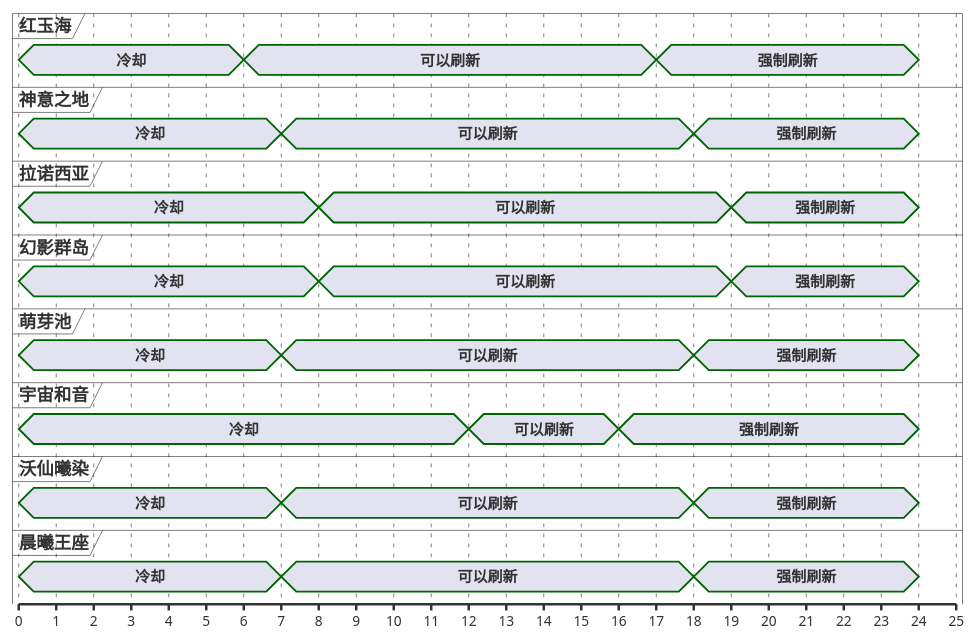
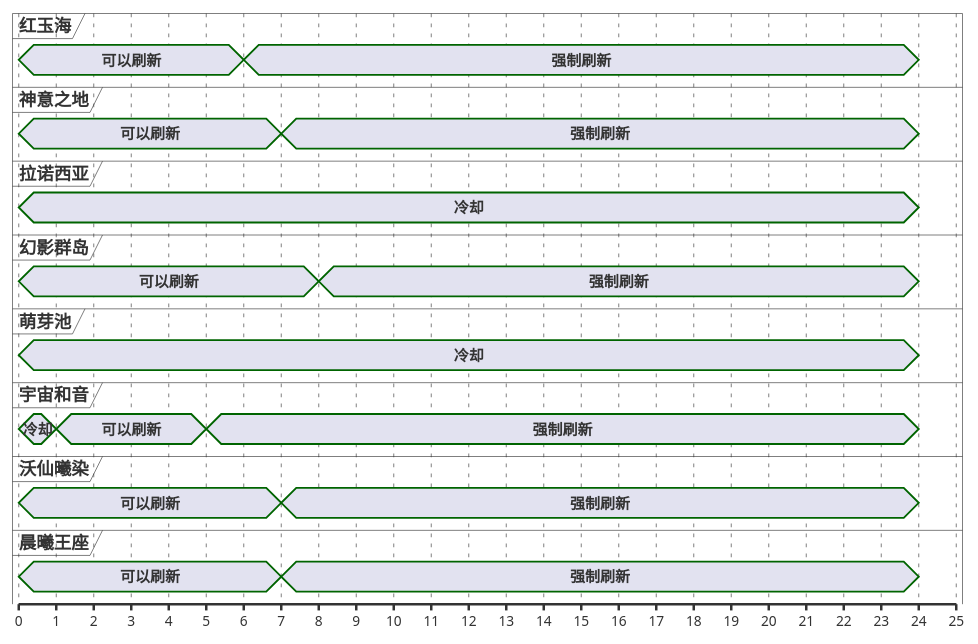
One commit to Eroleice/doc-pi changed the first of 13 diagrams in ffxiv/hunt/2.0/Zona-Seeker.md. Above: the diagram before and after it, drawn with PlantUML. The commit also changed other lines of this file and 38 other files, not shown here.

````diff
--- a/ffxiv/hunt/2.0/Zona-Seeker.md
+++ b/ffxiv/hunt/2.0/Zona-Seeker.md
@@ -33,63 +33,54 @@
 ```plantuml
 @startuml
 scale 1 as 30 pixels
 
 concise 红玉海
 concise 神意之地
 concise 拉诺西亚
 concise 幻影群岛
 concise 萌芽池
 concise 宇宙和音
 concise 沃仙曦染
 concise 晨曦王座
 
 @宇宙和音
 0 is 冷却
-12 is 可以刷新
-16 is 强制刷新
+1 is 可以刷新
+5 is 强制刷新
 24 is {hidden}
 
 @红玉海
-0 is 冷却
-6 is 可以刷新
-17 is 强制刷新
+0 is 可以刷新
+6 is 强制刷新
 24 is {hidden}
 
 @晨曦王座
+0 is 可以刷新
+7 is 强制刷新
+24 is {hidden}
+
+@神意之地
+0 is 可以刷新
+7 is 强制刷新
+24 is {hidden}
+
+@沃仙曦染
+0 is 可以刷新
+7 is 强制刷新
+24 is {hidden}
+
+@幻影群岛
+0 is 可以刷新
+8 is 强制刷新
+24 is {hidden}
+
+@拉诺西亚
 0 is 冷却
-7 is 可以刷新
-18 is 强制刷新
 24 is {hidden}
 
 @萌芽池
 0 is 冷却
-7 is 可以刷新
-18 is 强制刷新
-24 is {hidden}
-
-@神意之地
-0 is 冷却
-7 is 可以刷新
-18 is 强制刷新
-24 is {hidden}
-
-@沃仙曦染
-0 is 冷却
-7 is 可以刷新
-18 is 强制刷新
-24 is {hidden}
-
-@拉诺西亚
-0 is 冷却
-8 is 可以刷新
-19 is 强制刷新
-24 is {hidden}
-
-@幻影群岛
-0 is 冷却
-8 is 可以刷新
-19 is 强制刷新
 24 is {hidden}
 
 @enduml
 ```
````
